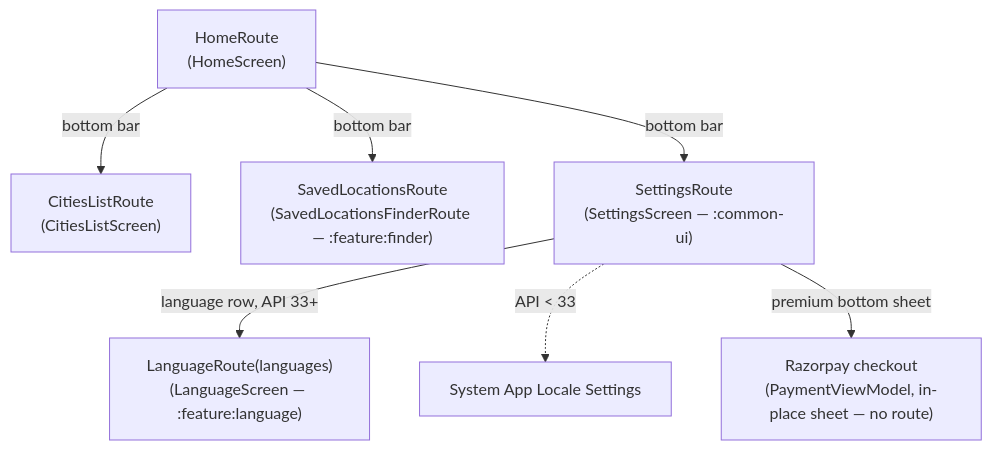
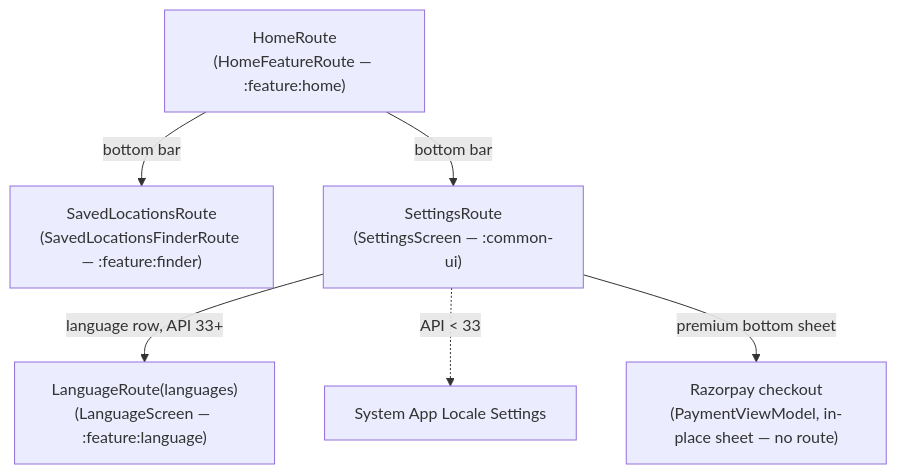
Before and after one commit to bosankus/Compose-Weatherify: the third of 3 diagrams in README.md, drawn with Mermaid. The commit also changed other lines of this file and 44 other files, not shown here.

````diff
--- a/README.md
+++ b/README.md
@@ -130,9 +135,8 @@
 ```mermaid
 graph TD
-    Home["HomeRoute\n(HomeScreen)"] -->|bottom bar| Cities["CitiesListRoute\n(CitiesListScreen)"]
-    Home -->|bottom bar| Saved["SavedLocationsRoute\n(SavedLocationsFinderRoute — :feature:finder)"]
+    Home["HomeRoute\n(HomeFeatureRoute — :feature:home)"] -->|bottom bar| Saved["SavedLocationsRoute\n(SavedLocationsFinderRoute — :feature:finder)"]
     Home -->|bottom bar| Settings["SettingsRoute\n(SettingsScreen — :common-ui)"]
     Settings -->|language row, API 33+| Language["LanguageRoute(languages)\n(LanguageScreen — :feature:language)"]
     Settings -.->|API < 33| SystemSettings["System App Locale Settings"]
     Settings -->|premium bottom sheet| Payment["Razorpay checkout\n(PaymentViewModel, in-place sheet — no route)"]
 ```
````
